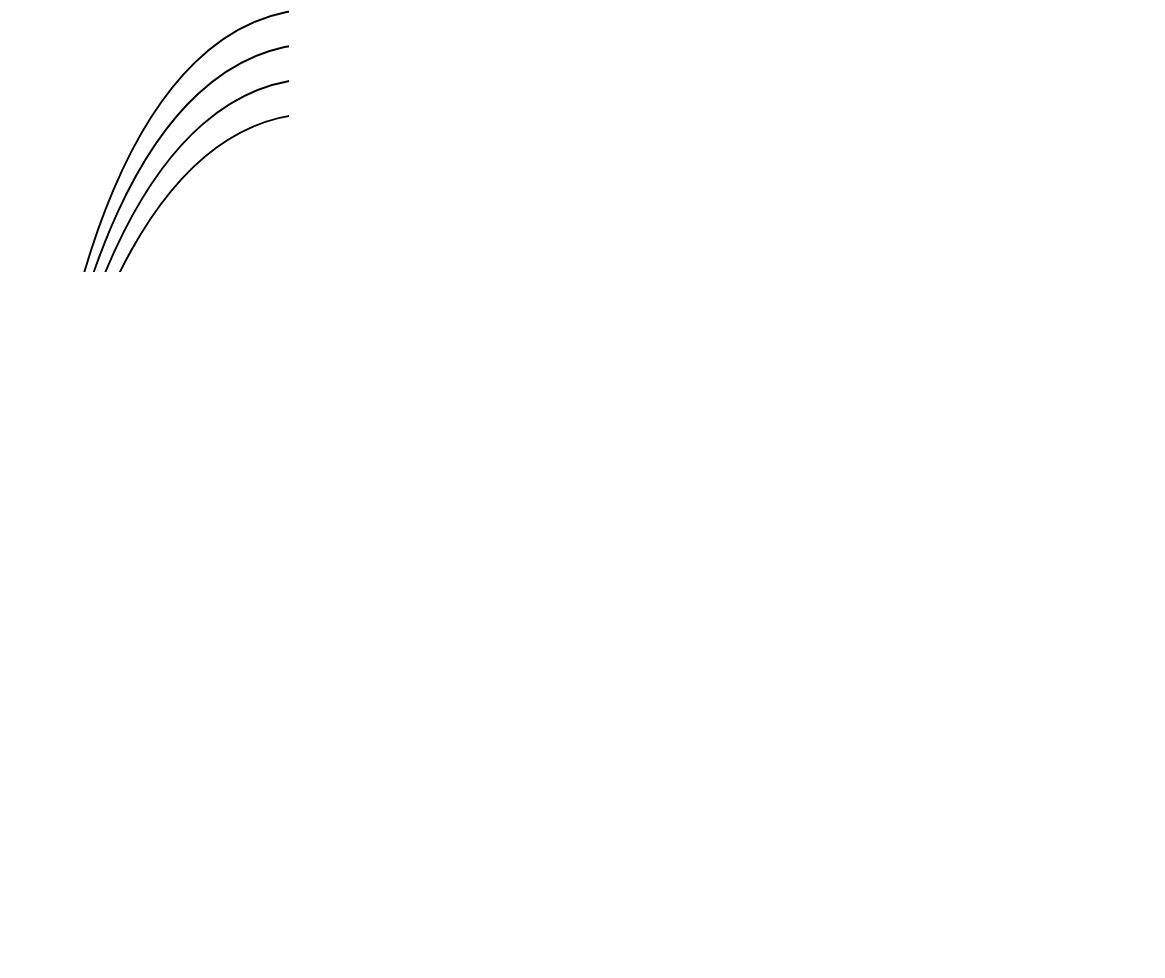
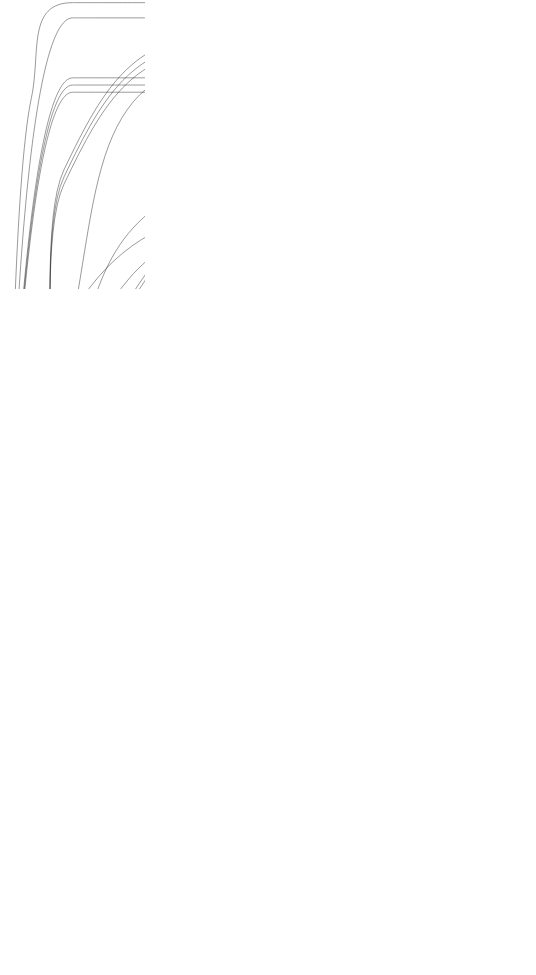
One commit to mickey-is-codin/data-structures changed the diagram in graphs-networks/c-networks/graphviz/list_graph.dot. Above: the diagram before and after it, drawn with Graphviz. The commit also changed 7 other files, not shown here.

```diff
--- a/graphs-networks/c-networks/graphviz/list_graph.dot
+++ b/graphs-networks/c-networks/graphviz/list_graph.dot
@@ -1,52 +1,197 @@
 graph unix {
 	graph [ dpi = 300 ];
 	node [shape=circle];
 	size="6,6";
 	rankdir="LR";
 
-	"0" -- "5"
+	"0" -- "11"
+	"0" -- "14"
+	"0" -- "12"
+	"0" -- "13"
+	"0" -- "11"
+	"0" -- "3"
 	"0" -- "8"
-	"0" -- "8"
-	"0" -- "6"
-	"0" -- "4"
-	"0" -- "8"
-	"1" -- "6"
+	"0" -- "13"
+	"0" -- "11"
+	"0" -- "3"
+	"0" -- "19"
 	"1" -- "5"
-	"1" -- "2"
+	"1" -- "12"
+	"1" -- "18"
+	"1" -- "4"
+	"1" -- "14"
+	"1" -- "7"
+	"2" -- "16"
+	"2" -- "6"
+	"2" -- "3"
 	"2" -- "4"
-	"2" -- "8"
+	"2" -- "10"
+	"2" -- "14"
 	"2" -- "4"
 	"3" -- "0"
+	"3" -- "16"
 	"3" -- "1"
-	"3" -- "5"
-	"3" -- "1"
-	"3" -- "7"
-	"4" -- "5"
+	"3" -- "19"
+	"3" -- "6"
+	"3" -- "10"
+	"4" -- "2"
+	"4" -- "12"
+	"4" -- "8"
+	"4" -- "6"
+	"4" -- "13"
+	"4" -- "11"
+	"4" -- "10"
+	"4" -- "15"
+	"4" -- "13"
 	"4" -- "3"
-	"4" -- "0"
-	"4" -- "3"
-	"4" -- "2"
-	"5" -- "2"
-	"5" -- "1"
+	"4" -- "14"
+	"4" -- "15"
+	"5" -- "18"
+	"5" -- "16"
+	"5" -- "11"
+	"5" -- "14"
+	"5" -- "3"
+	"5" -- "7"
+	"5" -- "6"
+	"5" -- "10"
+	"5" -- "0"
+	"5" -- "6"
+	"5" -- "13"
 	"5" -- "4"
-	"6" -- "0"
-	"6" -- "1"
+	"5" -- "6"
+	"6" -- "10"
+	"6" -- "11"
+	"6" -- "14"
+	"6" -- "3"
+	"6" -- "10"
 	"6" -- "7"
-	"6" -- "1"
-	"6" -- "0"
-	"7" -- "9"
-	"7" -- "3"
-	"7" -- "0"
+	"6" -- "3"
+	"6" -- "11"
+	"6" -- "7"
+	"6" -- "3"
+	"6" -- "19"
+	"6" -- "15"
+	"7" -- "8"
+	"7" -- "1"
+	"7" -- "5"
+	"7" -- "10"
+	"7" -- "2"
+	"7" -- "16"
+	"7" -- "6"
+	"7" -- "6"
+	"7" -- "18"
+	"7" -- "16"
 	"7" -- "4"
-	"7" -- "5"
-	"7" -- "1"
-	"8" -- "1"
-	"8" -- "4"
-	"8" -- "3"
-	"8" -- "3"
+	"7" -- "12"
+	"7" -- "10"
+	"7" -- "16"
+	"8" -- "14"
+	"8" -- "9"
+	"8" -- "11"
 	"8" -- "9"
 	"8" -- "0"
-	"9" -- "8"
+	"8" -- "4"
+	"8" -- "5"
+	"8" -- "2"
+	"8" -- "13"
+	"9" -- "6"
+	"9" -- "17"
+	"9" -- "12"
+	"9" -- "19"
+	"9" -- "17"
+	"9" -- "14"
+	"9" -- "0"
 	"9" -- "1"
-	"9" -- "0"
+	"9" -- "18"
+	"10" -- "0"
+	"10" -- "15"
+	"10" -- "16"
+	"10" -- "0"
+	"10" -- "7"
+	"10" -- "6"
+	"11" -- "0"
+	"11" -- "18"
+	"11" -- "3"
+	"11" -- "5"
+	"11" -- "19"
+	"11" -- "12"
+	"11" -- "15"
+	"11" -- "16"
+	"12" -- "5"
+	"12" -- "3"
+	"12" -- "10"
+	"12" -- "4"
+	"12" -- "1"
+	"12" -- "14"
+	"13" -- "17"
+	"13" -- "18"
+	"13" -- "15"
+	"13" -- "10"
+	"13" -- "11"
+	"13" -- "8"
+	"14" -- "11"
+	"14" -- "3"
+	"14" -- "11"
+	"14" -- "15"
+	"14" -- "6"
+	"14" -- "3"
+	"14" -- "19"
+	"14" -- "18"
+	"14" -- "18"
+	"14" -- "3"
+	"15" -- "9"
+	"15" -- "17"
+	"15" -- "5"
+	"15" -- "0"
+	"15" -- "19"
+	"16" -- "5"
+	"16" -- "14"
+	"16" -- "8"
+	"16" -- "12"
+	"16" -- "6"
+	"16" -- "8"
+	"16" -- "18"
+	"16" -- "1"
+	"17" -- "13"
+	"17" -- "8"
+	"17" -- "0"
+	"17" -- "16"
+	"17" -- "11"
+	"17" -- "11"
+	"17" -- "16"
+	"17" -- "15"
+	"17" -- "12"
+	"17" -- "18"
+	"17" -- "16"
+	"17" -- "13"
+	"18" -- "10"
+	"18" -- "10"
+	"18" -- "17"
+	"18" -- "4"
+	"18" -- "7"
+	"18" -- "6"
+	"18" -- "7"
+	"18" -- "0"
+	"18" -- "3"
+	"18" -- "8"
+	"18" -- "19"
+	"19" -- "14"
+	"19" -- "4"
+	"19" -- "7"
+	"19" -- "17"
+	"19" -- "14"
+	"19" -- "17"
+	"19" -- "3"
+	"19" -- "4"
+	"19" -- "7"
+	"19" -- "2"
+	"19" -- "1"
+	"19" -- "1"
+	"19" -- "14"
+	"19" -- "4"
+	"19" -- "14"
+	"19" -- "17"
+	"19" -- "11"
+	"19" -- "11"
+	"19" -- "14"
 }
```
